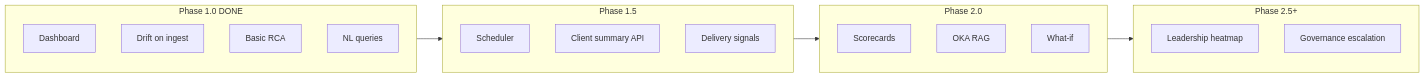
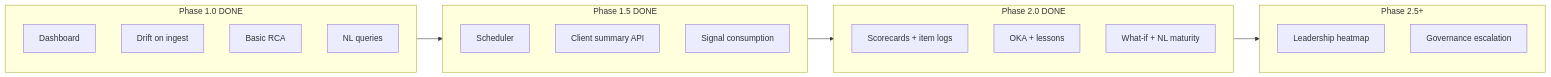
One commit to adeapiperkuu/bsg changed the first of 2 diagrams in docs/agents/quality_intelligence_roadmap.md. Above: the diagram before and after it, drawn with Mermaid. The commit also changed other lines of this file and 38 other files, not shown here.

Commit message:
phase 2 of quality agent done

````diff
--- a/docs/agents/quality_intelligence_roadmap.md
+++ b/docs/agents/quality_intelligence_roadmap.md
@@ -47,24 +47,24 @@
 ```mermaid
 flowchart LR
     subgraph p10 [Phase 1.0 DONE]
         A1[Dashboard]
         A2[Drift on ingest]
         A3[Basic RCA]
         A4[NL queries]
     end
-    subgraph p15 [Phase 1.5]
+    subgraph p15 [Phase 1.5 DONE]
         B1[Scheduler]
         B2[Client summary API]
-        B3[Delivery signals]
+        B3[Signal consumption]
     end
-    subgraph p20 [Phase 2.0]
-        C1[Scorecards]
-        C2[OKA RAG]
-        C3[What-if]
+    subgraph p20 [Phase 2.0 DONE]
+        C1[Scorecards + item logs]
+        C2[OKA + lessons]
+        C3[What-if + NL maturity]
     end
     subgraph p25 [Phase 2.5+]
         D1[Leadership heatmap]
         D2[Governance escalation]
     end
     p10 --> p15 --> p20 --> p25
 ```
````
